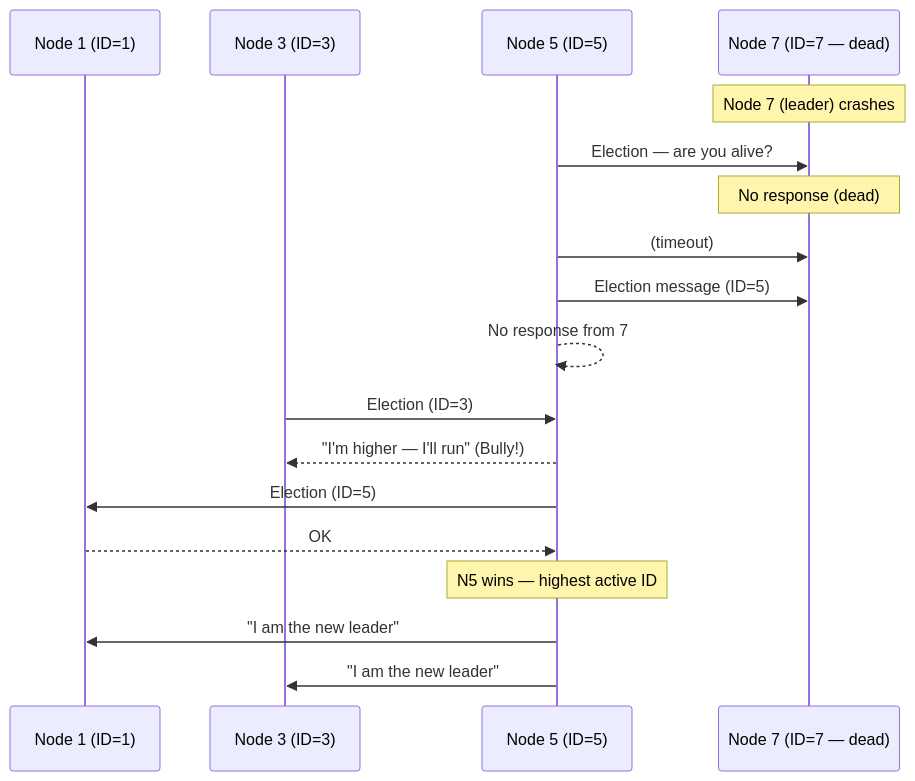
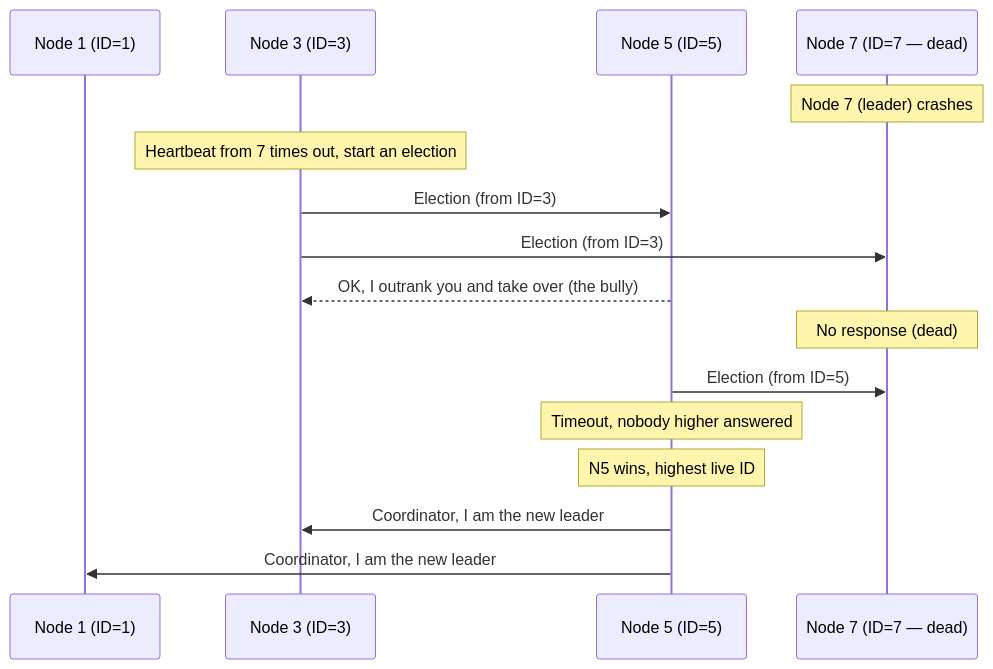
The first of 6 diagrams in Level-04-Distributed-Systems/05-Leader-Election/README.md (Ankan1998/learn-system-design), drawn with Mermaid before and after one commit. The commit also changed other lines of this file and 139 other files, not shown here.

````diff
--- a/Level-04-Distributed-Systems/05-Leader-Election/README.md
+++ b/Level-04-Distributed-Systems/05-Leader-Election/README.md
@@ -61,26 +61,22 @@
 ```mermaid
 sequenceDiagram
     participant N1 as Node 1 (ID=1)
     participant N3 as Node 3 (ID=3)
     participant N5 as Node 5 (ID=5)
     participant N7 as Node 7 (ID=7 — dead)
 
     Note over N7: Node 7 (leader) crashes
+    Note over N3: Heartbeat from 7 times out, start an election
 
-    N5->>N7: Election — are you alive?
+    N3->>N5: Election (from ID=3)
+    N3->>N7: Election (from ID=3)
+    N5-->>N3: OK, I outrank you and take over (the bully)
     Note over N7: No response (dead)
-    N5->>N7: (timeout)
 
-    N5->>N7: Election message (ID=5)
-    N5-->>N5: No response from 7
+    N5->>N7: Election (from ID=5)
+    Note over N5: Timeout, nobody higher answered
 
-    N3->>N5: Election (ID=3)
-    N5-->>N3: "I'm higher — I'll run" (Bully!)
-
-    N5->>N1: Election (ID=5)
-    N1-->>N5: OK
-
-    Note over N5: N5 wins — highest active ID
-    N5->>N1: "I am the new leader"
-    N5->>N3: "I am the new leader"
+    Note over N5: N5 wins, highest live ID
+    N5->>N3: Coordinator, I am the new leader
+    N5->>N1: Coordinator, I am the new leader
 ```
````
